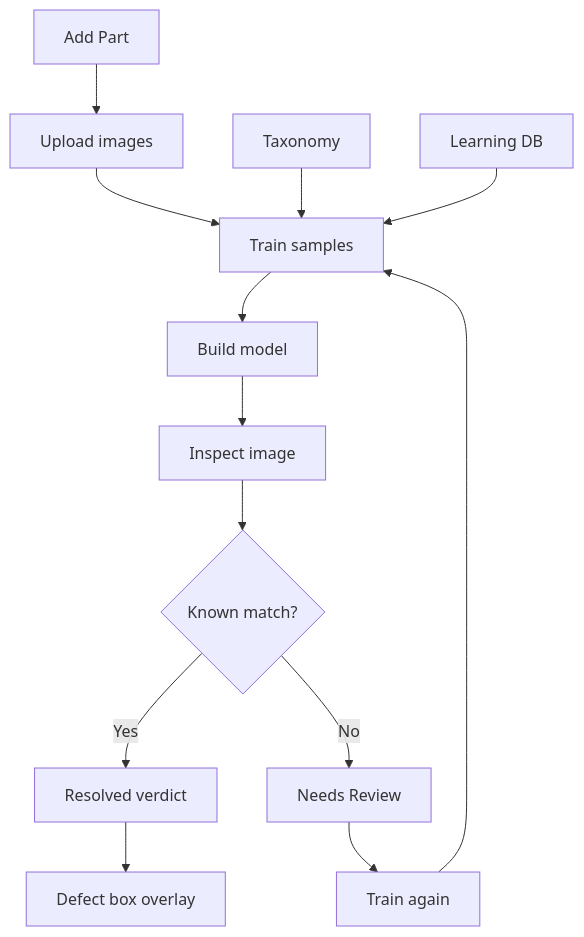
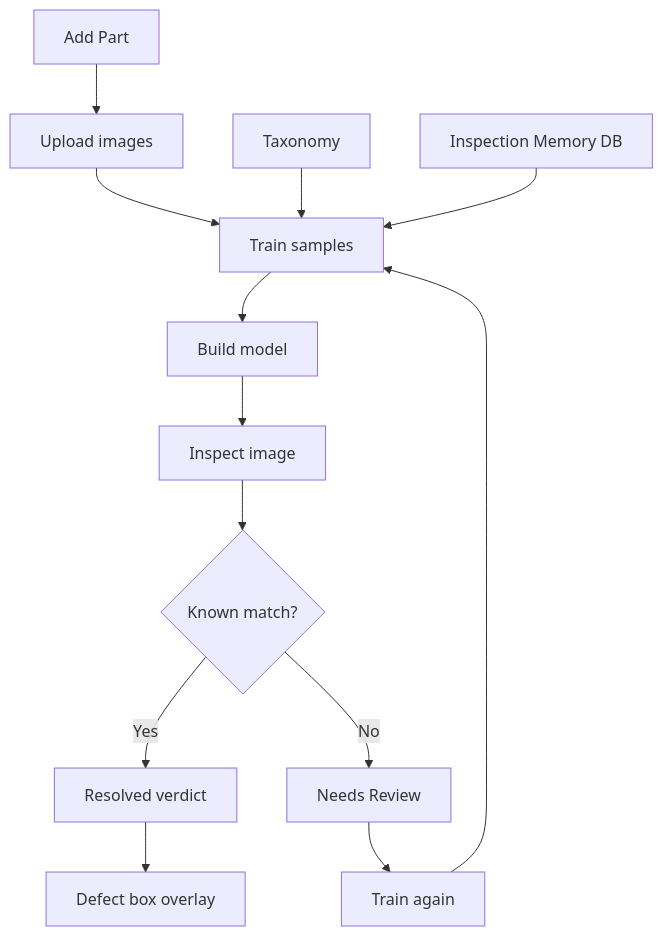
Before and after one commit to sankalpa-tech/QMSInspector: the diagram in README.md, drawn with Mermaid. The commit also changed other lines of this file, not shown here.

````diff
--- a/README.md
+++ b/README.md
@@ -40,19 +26,19 @@
 ```mermaid
 flowchart TD
     A[Add Part] --> B[Upload images]
     B --> C[Train samples]
 
     K[Taxonomy] --> C
-    M[Learning DB] --> C
+    M[Inspection Memory DB] --> C
 
     C --> D[Build model]
     D --> E[Inspect image]
     E --> F{Known match?}
 
     F -- Yes --> G[Resolved verdict]
     G --> G2[Defect box overlay]
 
     F -- No --> H[Needs Review]
     H --> I[Train again]
     I --> C
 ```
````
